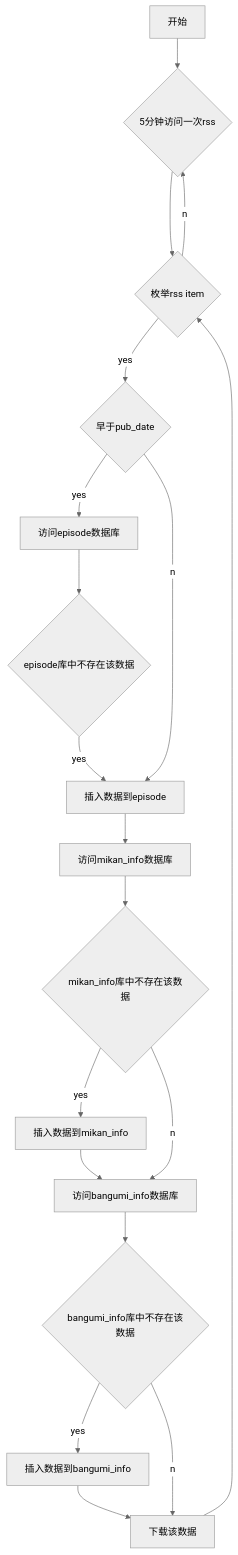
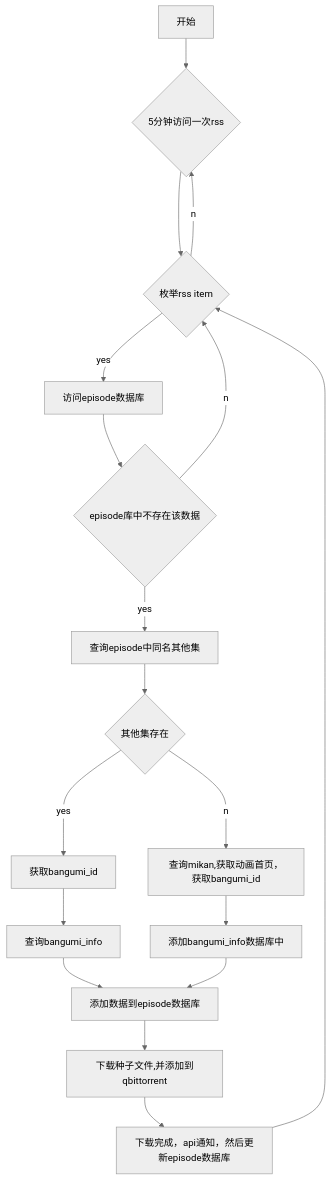
Before and after one commit to banned2054/Quart: the diagram in markdown/流程.md, drawn with Mermaid (neutral theme). The commit also changed 10 other files, not shown here.

````diff
--- a/markdown/流程.md
+++ b/markdown/流程.md
@@ -1,21 +1,20 @@
 ```mermaid
 graph TD
 A[开始]-->B1{5分钟访问一次rss}
 B1-->B2{枚举rss item}
-B2--yes-->C1{早于pub_date}
 B2--no-->B1
-C1--yes-->D1[访问episode数据库]
+B2--yes-->D1[访问episode数据库]
 D1-->C2{episode库中不存在该数据}
-C2--yes-->D2[插入数据到episode]
-C1--no-->D2
-D2-->D4[访问mikan_info数据库]
-D4-->C3{mikan_info库中不存在该数据}
-C3--yes-->D5[插入数据到mikan_info]
-D5-->D6[访问bangumi_info数据库]
-C3--no-->D6
-D6-->C4{bangumi_info库中不存在该数据}
-C4--yes-->D7[插入数据到bangumi_info]
-D7-->D8[下载该数据]
-C4--no-->D8
-D8-->B2
+C2--no-->B2
+C2--yes-->D2[查询episode中同名其他集]
+D2-->C3{其他集存在}
+C3--yes-->D3[获取bangumi_id]
+D3-->D4[查询bangumi_info]
+C3--no-->D6[查询mikan,获取动画首页，获取bangumi_id]
+D6-->D7[添加bangumi_info数据库中]
+D4-->D5
+D7-->D5[添加数据到episode数据库]
+D5-->D8[下载种子文件,并添加到qbittorrent]
+D8-->D9[下载完成，api通知，然后更新episode数据库]
+D9-->B2
 ```
````
